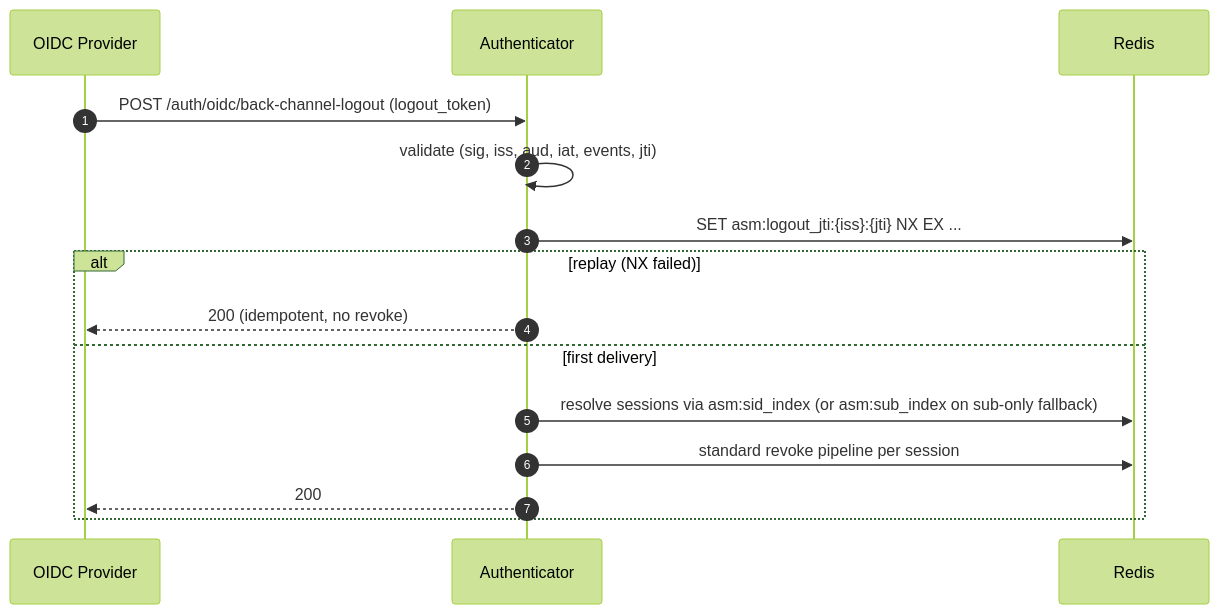
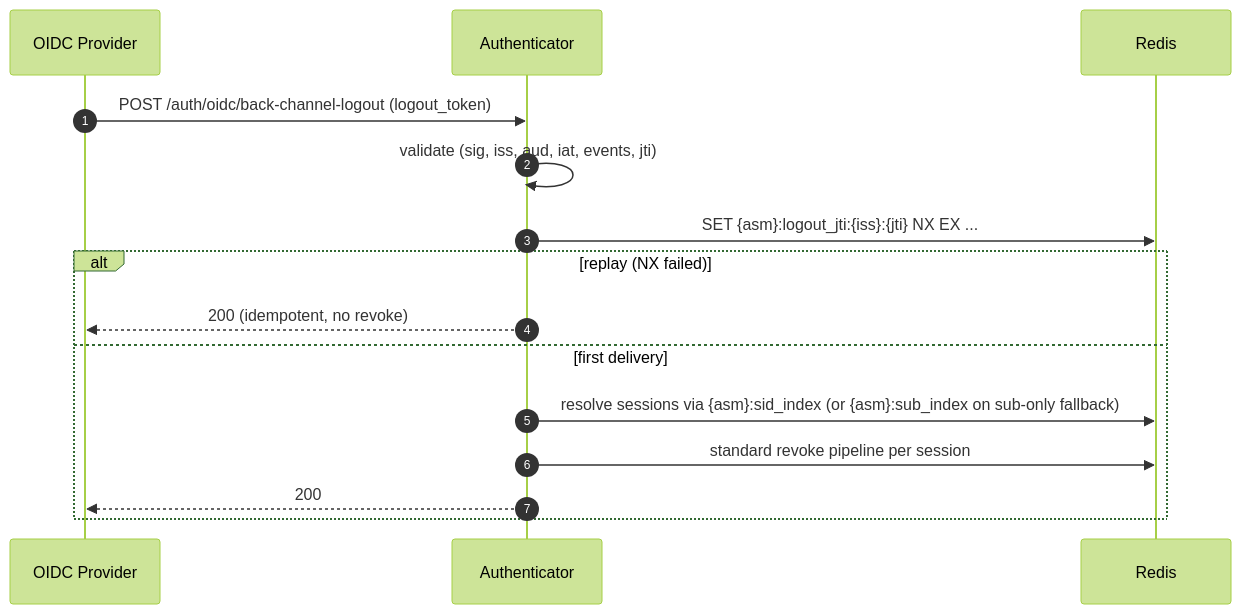
The seventh of 9 diagrams in docs/components/backend/authenticator/DESIGN.md (aleksdotbar/insight), drawn with Mermaid (forest theme) before and after one commit. The commit also changed other lines of this file and 7 other files, not shown here.

````diff
--- a/docs/components/backend/authenticator/DESIGN.md
+++ b/docs/components/backend/authenticator/DESIGN.md
@@ -657,18 +658,18 @@
 ```mermaid
 sequenceDiagram
     autonumber
     participant I as OIDC Provider
     participant B as Authenticator
     participant R as Redis
 
     I->>B: POST /auth/oidc/back-channel-logout (logout_token)
     B->>B: validate (sig, iss, aud, iat, events, jti)
-    B->>R: SET asm:logout_jti:{iss}:{jti} NX EX ...
+    B->>R: SET {asm}:logout_jti:{iss}:{jti} NX EX ...
     alt replay (NX failed)
         B-->>I: 200 (idempotent, no revoke)
     else first delivery
-        B->>R: resolve sessions via asm:sid_index (or asm:sub_index on sub-only fallback)
+        B->>R: resolve sessions via {asm}:sid_index (or {asm}:sub_index on sub-only fallback)
         B->>R: standard revoke pipeline per session
         B-->>I: 200
     end
 ```
````
